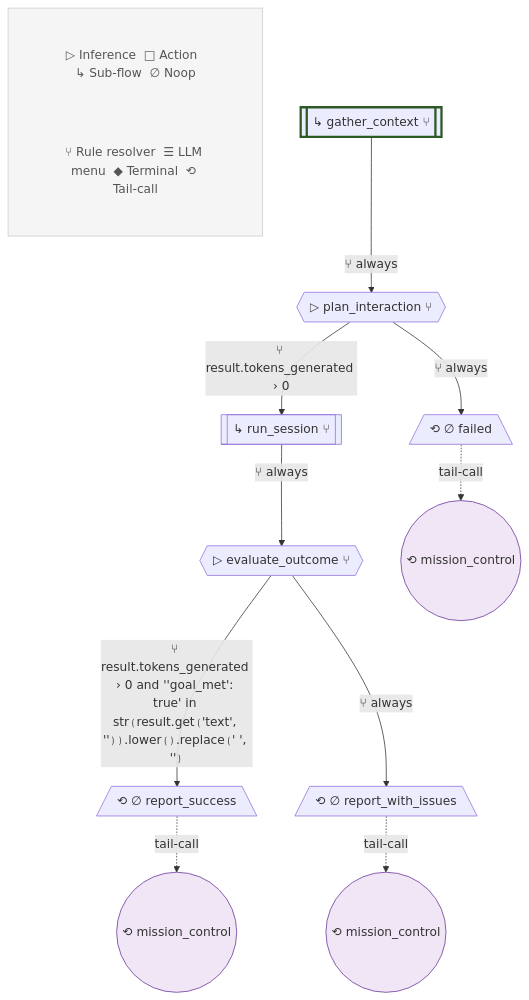
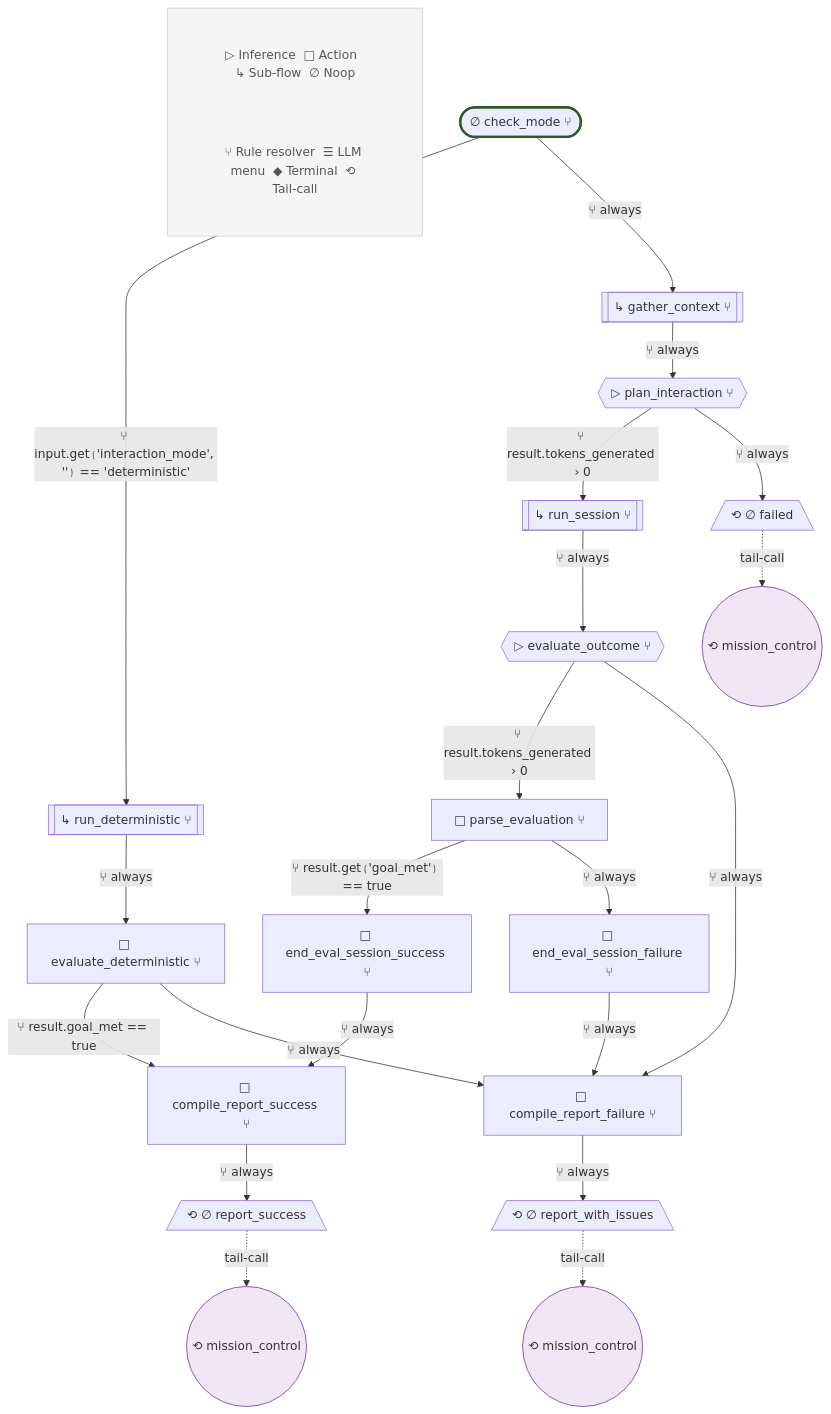
Before and after one commit to lah-rb/ouroboros: the seventh of 17 diagrams in blueprint.md, drawn with Mermaid. The commit also changed other lines of this file and 355 other files, not shown here.

````diff
--- a/blueprint.md
+++ b/blueprint.md
@@ -798,39 +668,58 @@
 ```mermaid
 flowchart TD
-    %% interact v2
+    %% interact v4
 
     subgraph Legend[" "]
         L1["▷ Inference  □ Action  ↳ Sub-flow  ∅ Noop"]
         L2["⑂ Rule resolver  ☰ LLM menu  ◆ Terminal  ⟲ Tail-call"]
     end
     style Legend fill:#f5f5f5,stroke:#ccc,stroke-width:1px
     style L1 fill:#f5f5f5,stroke:none,color:#555
     style L2 fill:#f5f5f5,stroke:none,color:#555
 
+    check_mode(["∅ check_mode ⑂"])
+    run_deterministic[["↳ run_deterministic ⑂"]]
+    evaluate_deterministic["□ evaluate_deterministic ⑂"]
     gather_context[["↳ gather_context ⑂"]]
     plan_interaction{{"▷ plan_interaction ⑂"}}
     run_session[["↳ run_session ⑂"]]
     evaluate_outcome{{"▷ evaluate_outcome ⑂"}}
+    parse_evaluation["□ parse_evaluation ⑂"]
+    end_eval_session_success["□ end_eval_session_success ⑂"]
+    end_eval_session_failure["□ end_eval_session_failure ⑂"]
+    compile_report_success["□ compile_report_success ⑂"]
+    compile_report_failure["□ compile_report_failure ⑂"]
     report_success[/"⟲ ∅ report_success"\]
     report_with_issues[/"⟲ ∅ report_with_issues"\]
     failed[/"⟲ ∅ failed"\]
 
-    style gather_context stroke-width:3px,stroke:#2d5a27
+    style check_mode stroke-width:3px,stroke:#2d5a27
 
+    check_mode -->|⑂ input.get⟮'interaction_mode', ''⟯ == 'deterministic'| run_deterministic
+    check_mode -->|⑂ always| gather_context
+    run_deterministic -->|⑂ always| evaluate_deterministic
+    evaluate_deterministic -->|⑂ result.goal_met == true| compile_report_success
+    evaluate_deterministic -->|⑂ always| compile_report_failure
     gather_context -->|⑂ always| plan_interaction
     plan_interaction -->|⑂ result.tokens_generated › 0| run_session
     plan_interaction -->|⑂ always| failed
     run_session -->|⑂ always| evaluate_outcome
-    evaluate_outcome -->|⑂ result.tokens_generated › 0 and ''goal_met': true' in str⟮result.get⟮'text', ''⟯⟯.lower⟮⟯.replace⟮' ', ''⟯| report_success
-    evaluate_outcome -->|⑂ always| report_with_issues
+    evaluate_outcome -->|⑂ result.tokens_generated › 0| parse_evaluation
+    evaluate_outcome -->|⑂ always| compile_report_failure
+    parse_evaluation -->|⑂ result.get⟮'goal_met'⟯ == true| end_eval_session_success
+    parse_evaluation -->|⑂ always| end_eval_session_failure
+    end_eval_session_success -->|⑂ always| compile_report_success
+    end_eval_session_failure -->|⑂ always| compile_report_failure
+    compile_report_success -->|⑂ always| report_success
+    compile_report_failure -->|⑂ always| report_with_issues
     tc_report_success(("⟲ mission_control"))
     style tc_report_success fill:#f0e6f6,stroke:#663399
     report_success -.->|tail-call| tc_report_success
     tc_report_with_issues(("⟲ mission_control"))
     style tc_report_with_issues fill:#f0e6f6,stroke:#663399
     report_with_issues -.->|tail-call| tc_report_with_issues
     tc_failed(("⟲ mission_control"))
     style tc_failed fill:#f0e6f6,stroke:#663399
     failed -.->|tail-call| tc_failed
 
 ```
````
